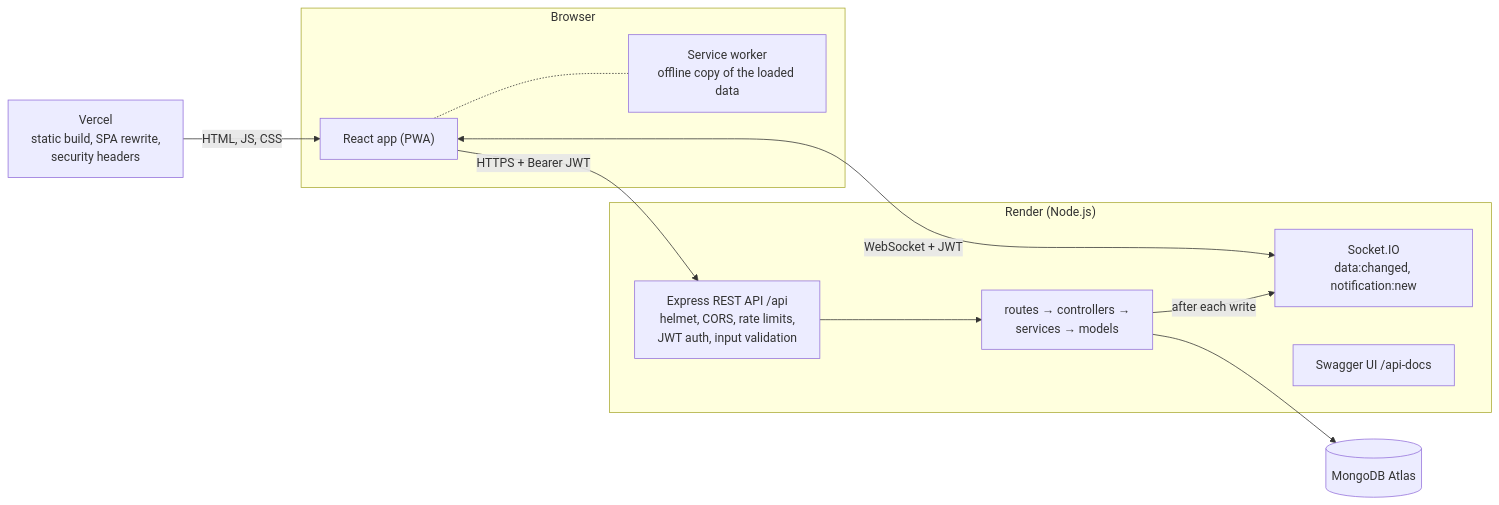
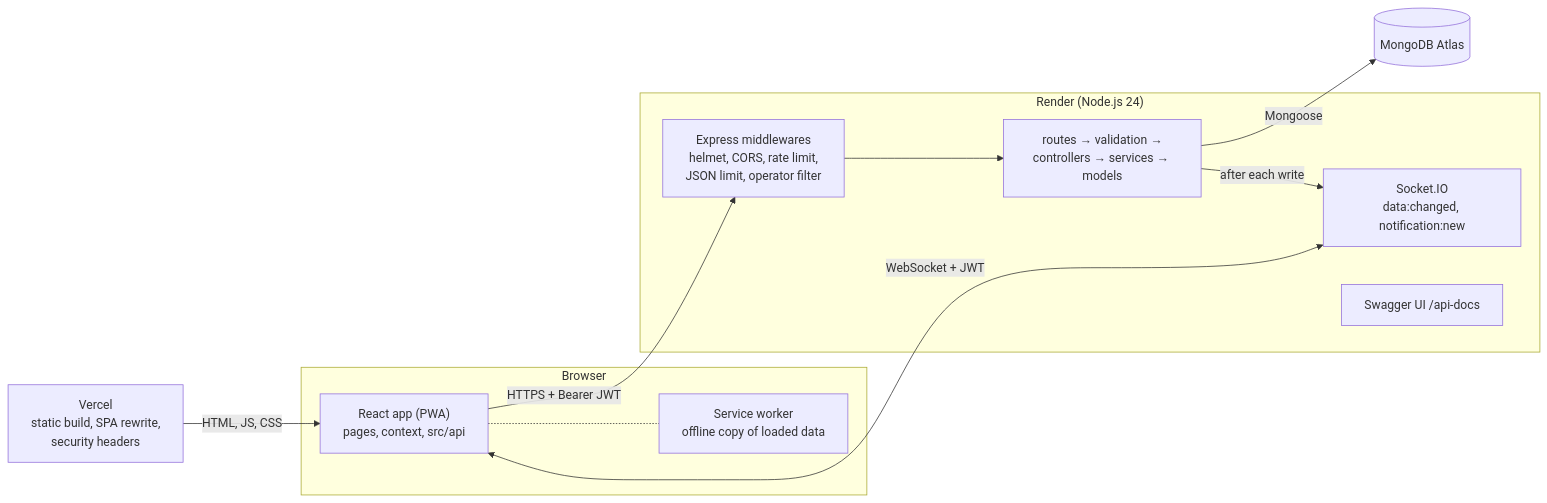
Before and after one commit to minhtriqn05/ledgerling: the first of 2 diagrams in README.md, drawn with Mermaid. The commit also changed other lines of this file and 7 other files, not shown here.

````diff
--- a/README.md
+++ b/README.md
@@ -107,23 +242,23 @@
 ```mermaid
 flowchart LR
     subgraph Browser
-        App["React app (PWA)"]
-        SW["Service worker<br/>offline copy of the loaded data"]
+        App["React app (PWA)<br/>pages, context, src/api"]
+        SW["Service worker<br/>offline copy of loaded data"]
     end
     Vercel["Vercel<br/>static build, SPA rewrite,<br/>security headers"]
-    subgraph Render["Render (Node.js)"]
-        API["Express REST API /api<br/>helmet, CORS, rate limits,<br/>JWT auth, input validation"]
-        Layers["routes → controllers →<br/>services → models"]
+    subgraph Render["Render (Node.js 24)"]
+        MW["Express middlewares<br/>helmet, CORS, rate limit,<br/>JSON limit, operator filter"]
+        Layers["routes → validation →<br/>controllers → services → models"]
         Socket["Socket.IO<br/>data:changed, notification:new"]
         Docs["Swagger UI /api-docs"]
     end
     Atlas[("MongoDB Atlas")]
 
     Vercel -->|HTML, JS, CSS| App
-    App -->|HTTPS + Bearer JWT| API
-    App <-->|WebSocket + JWT| Socket
+    App -->|"HTTPS + Bearer JWT"| MW
+    MW --> Layers
+    Layers -->|Mongoose| Atlas
+    Layers -->|after each write| Socket
+    Socket <-->|"WebSocket + JWT"| App
     App -.- SW
-    API --> Layers
-    Layers --> Atlas
-    Layers -->|after each write| Socket
 ```
````
